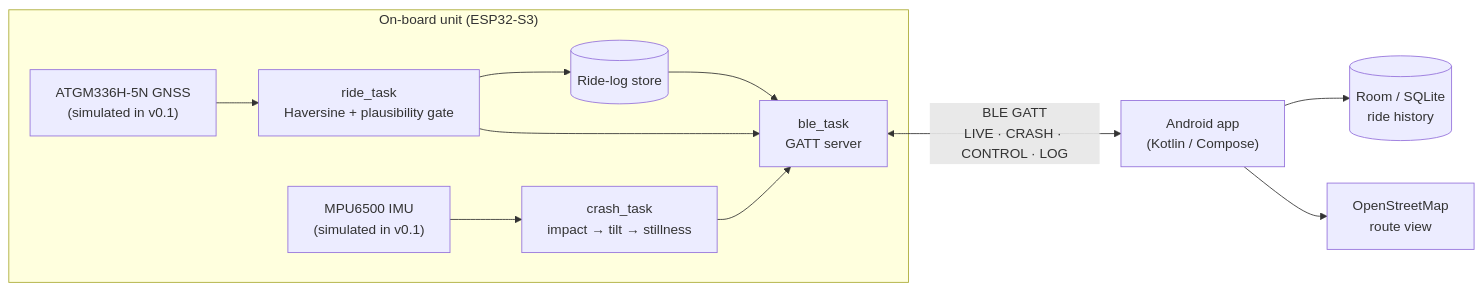
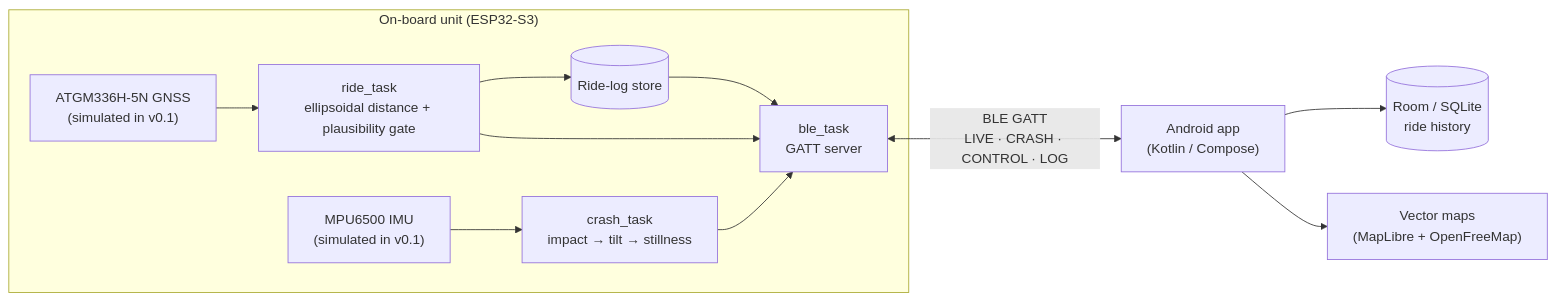
Before and after one commit to amethyst8118/smartride: the diagram in README.md, drawn with Mermaid. The commit also changed other lines of this file and 40 other files, not shown here.

````diff
--- a/README.md
+++ b/README.md
@@ -12,14 +12,14 @@
 ```mermaid
 flowchart LR
     subgraph OBU["On-board unit (ESP32-S3)"]
-        GNSS["ATGM336H-5N GNSS<br/>(simulated in v0.1)"] --> RIDE["ride_task<br/>Haversine + plausibility gate"]
+        GNSS["ATGM336H-5N GNSS<br/>(simulated in v0.1)"] --> RIDE["ride_task<br/>ellipsoidal distance + plausibility gate"]
         IMU["MPU6500 IMU<br/>(simulated in v0.1)"] --> CRASH["crash_task<br/>impact → tilt → stillness"]
         RIDE --> LOGS[("Ride-log store")]
         RIDE --> BLE["ble_task<br/>GATT server"]
         CRASH --> BLE
         LOGS --> BLE
     end
     BLE <-->|"BLE GATT<br/>LIVE · CRASH · CONTROL · LOG"| APP["Android app<br/>(Kotlin / Compose)"]
     APP --> DB[("Room / SQLite<br/>ride history")]
-    APP --> MAP["OpenStreetMap<br/>route view"]
+    APP --> MAP["Vector maps<br/>(MapLibre + OpenFreeMap)"]
 ```
````
